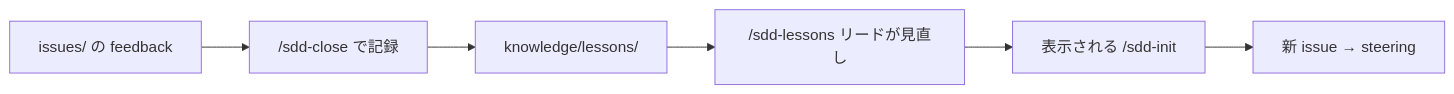
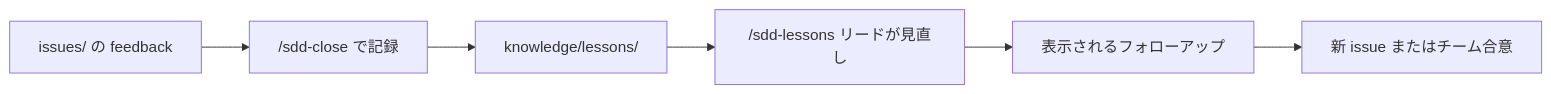
The fourth of 4 diagrams in README.ja.md (paterapatera/sdd-orc), drawn with Mermaid before and after one commit. The commit also changed other lines of this file and 8 other files, not shown here.

````diff
--- a/README.ja.md
+++ b/README.ja.md
@@ -210,8 +219,8 @@
 ```mermaid
 flowchart LR
   issue["issues/ の feedback"] --> close["/sdd-close で記録"]
   close --> lessons["knowledge/lessons/"]
   lessons --> review["/sdd-lessons リードが見直し"]
-  review --> steerMsg["表示される /sdd-init"]
-  steerMsg --> newIssue["新 issue → steering"]
+  review --> follow["表示されるフォローアップ"]
+  follow --> newIssue["新 issue またはチーム合意"]
 ```
````
